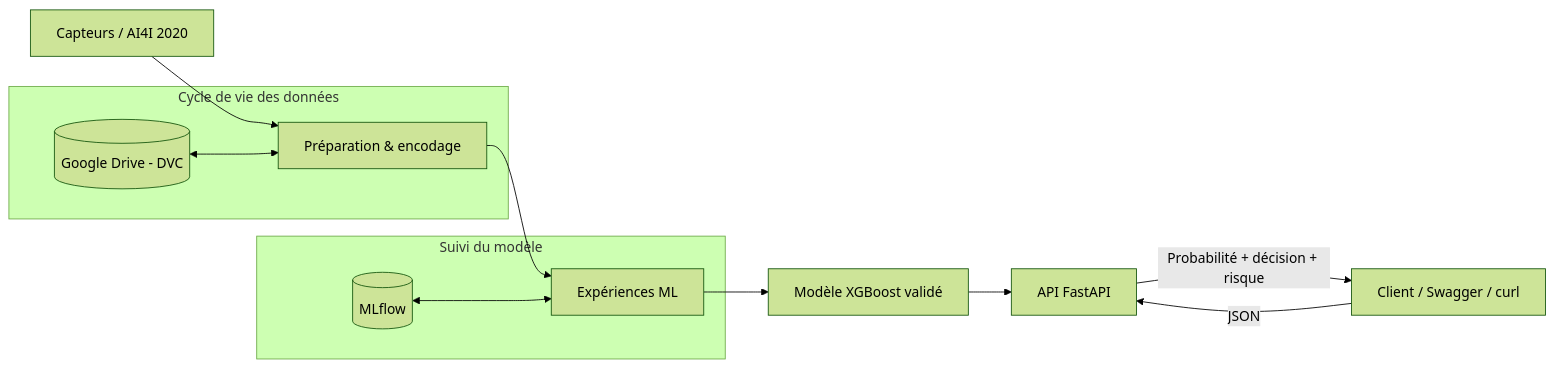
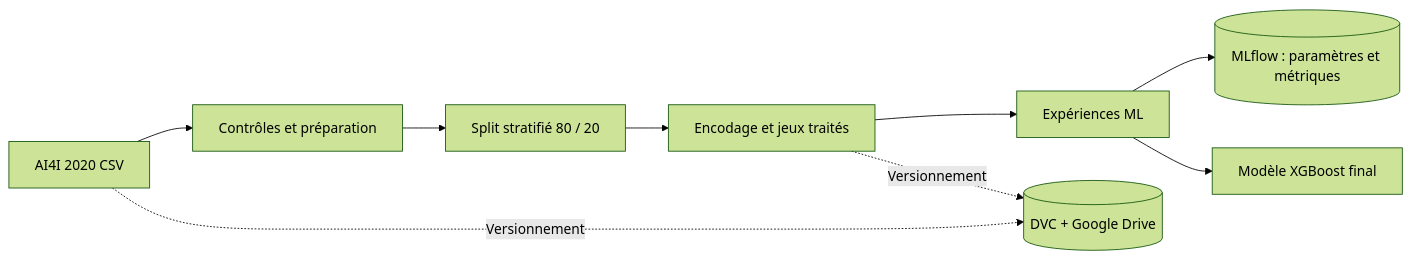
One commit to ImaneMekkaoui1/predictive-maintenance-mlops changed the first of 2 diagrams in README.md. Above: the diagram before and after it, drawn with Mermaid (forest theme). The commit also changed other lines of this file and 11 other files, not shown here.

Commit message:
docs: add professional MLOps README and architecture diagrams

````diff
--- a/README.md
+++ b/README.md
@@ -44,15 +91,11 @@
 ```mermaid
 flowchart LR
-    A[Capteurs / AI4I 2020] --> B[Préparation & encodage]
-    B --> C[Expériences ML]
-    C --> D[Modèle XGBoost validé]
-    D --> E[API FastAPI]
-    U[Client / Swagger / curl] -->|JSON| E
-    E -->|Probabilité + décision + risque| U
-    subgraph DATA[Cycle de vie des données]
-      G[(Google Drive - DVC)] <--> B
-    end
-    subgraph ML[Suivi du modèle]
-      M[(MLflow)] <--> C
-    end
+    A[AI4I 2020 CSV] --> B[Contrôles et préparation]
+    B --> C[Split stratifié 80 / 20]
+    C --> D[Encodage et jeux traités]
+    D --> E[Expériences ML]
+    A -. Versionnement .-> F[(DVC + Google Drive)]
+    D -. Versionnement .-> F
+    E --> G[(MLflow : paramètres et métriques)]
+    E --> H[Modèle XGBoost final]
 ```
````
